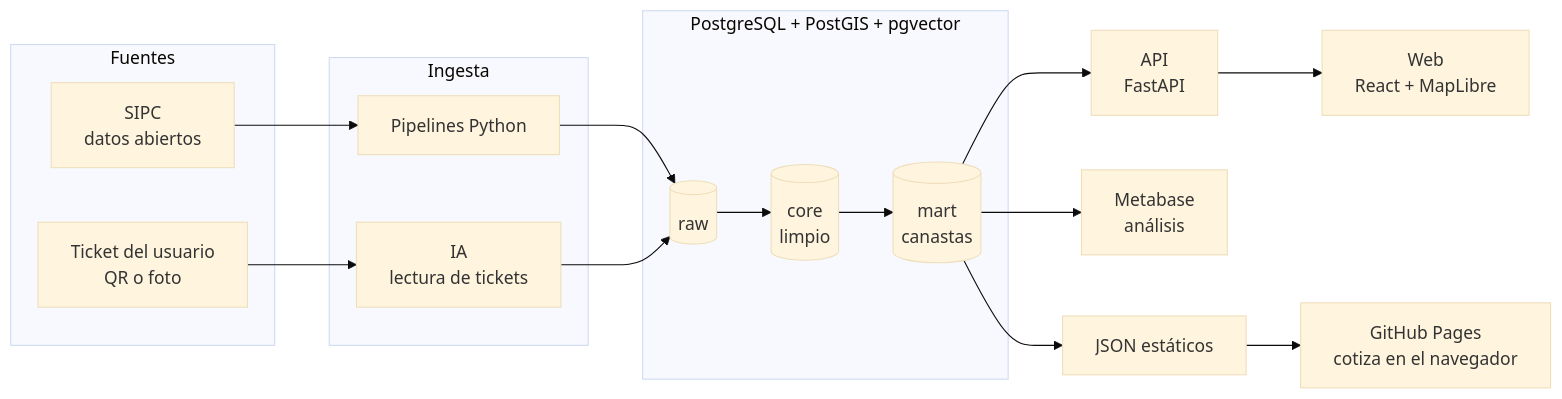
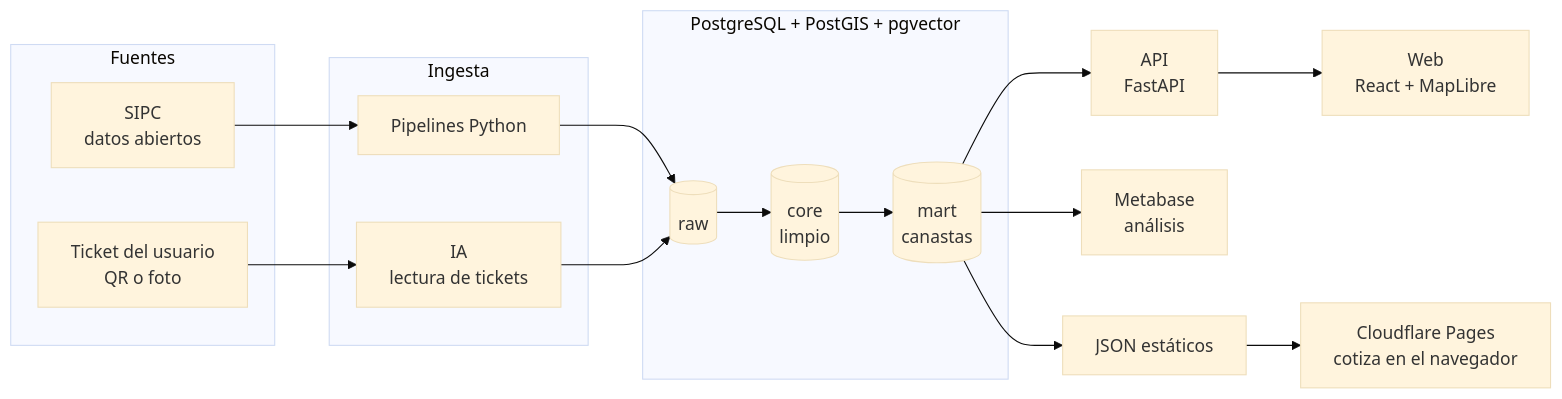
One commit to kenymtz/canasta-uy changed the diagram in README.md. Above: the diagram before and after it, drawn with Mermaid (base theme). The commit also changed other lines of this file and 2 other files, not shown here.

Commit message:
Docs: la web pública ahora está en canastauy.pages.dev

````diff
--- a/README.md
+++ b/README.md
@@ -36,23 +36,23 @@
 ```mermaid
 flowchart LR
     subgraph Fuentes
         SIPC["SIPC<br/>datos abiertos"]
         TICKET["Ticket del usuario<br/>QR o foto"]
     end
 
     subgraph Ingesta
         ETL["Pipelines Python"]
         IA["IA<br/>lectura de tickets"]
     end
 
     subgraph PG["PostgreSQL + PostGIS + pgvector"]
         RAW[(raw)] --> CORE[(core<br/>limpio)] --> MART[(mart<br/>canastas)]
     end
 
     SIPC --> ETL --> RAW
     TICKET --> IA --> RAW
 
     MART --> API["API<br/>FastAPI"] --> WEB["Web<br/>React + MapLibre"]
     MART --> MB["Metabase<br/>análisis"]
-    MART --> JSON["JSON estáticos"] --> PAGES["GitHub Pages<br/>cotiza en el navegador"]
+    MART --> JSON["JSON estáticos"] --> PAGES["Cloudflare Pages<br/>cotiza en el navegador"]
 ```
````
